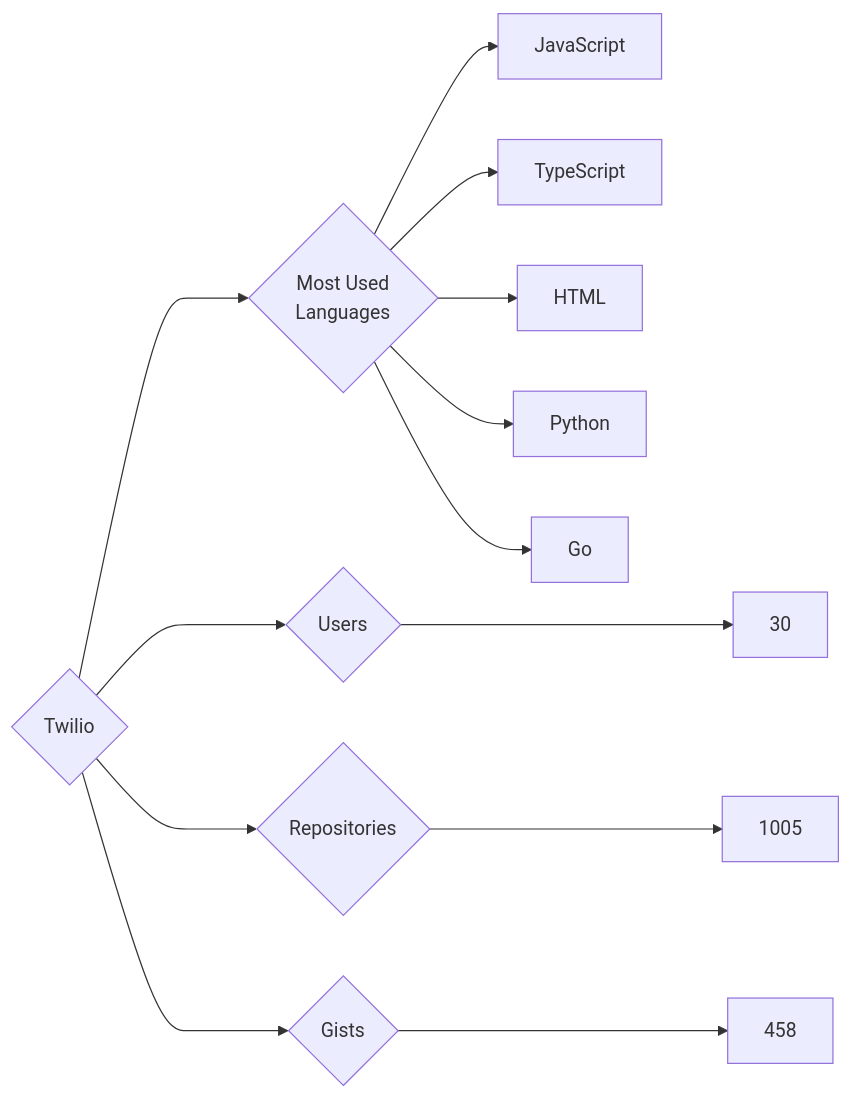
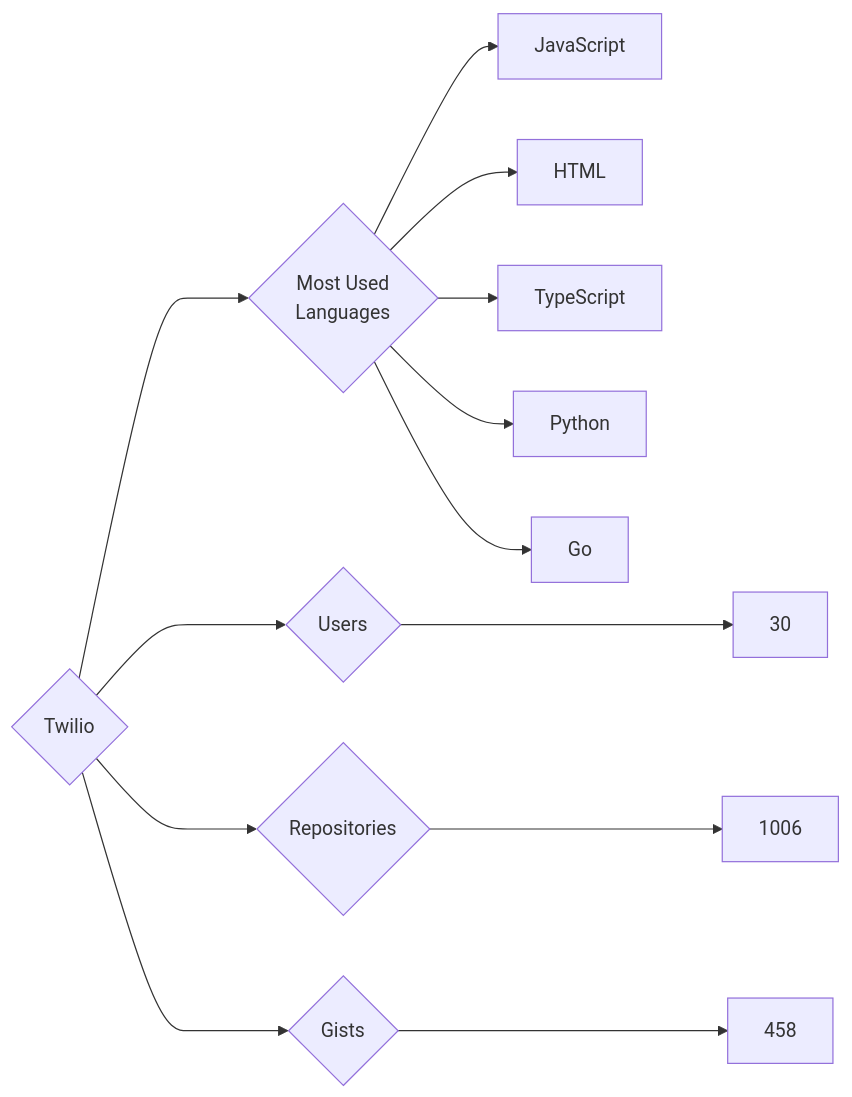
One commit to trickest/insiders changed the diagram in targets/Twilio/README.md. Above: the diagram before and after it, drawn with Mermaid. The commit also changed 770 other files, not shown here.

````diff
--- a/targets/Twilio/README.md
+++ b/targets/Twilio/README.md
@@ -3,13 +3,13 @@
 ```mermaid
 graph LR
 COMPANY_NAME{Twilio}
 COMPANY_NAME ---> U{Users} ---> UN[30]
-COMPANY_NAME ---> R{Repositories} ---> RN[1005]
+COMPANY_NAME ---> R{Repositories} ---> RN[1006]
 COMPANY_NAME ---> G{Gists} ---> GN[458]
 COMPANY_NAME ---> ML{Most Used<br>Languages}
 ML --> JavaScript[JavaScript]
+ML --> HTML[HTML]
 ML --> TypeScript[TypeScript]
-ML --> HTML[HTML]
 ML --> Python[Python]
 ML --> Go[Go]
 ```
````
